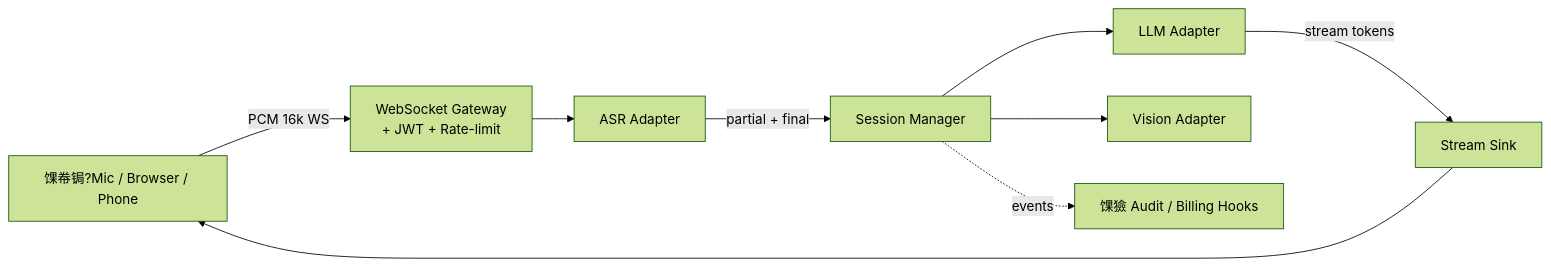
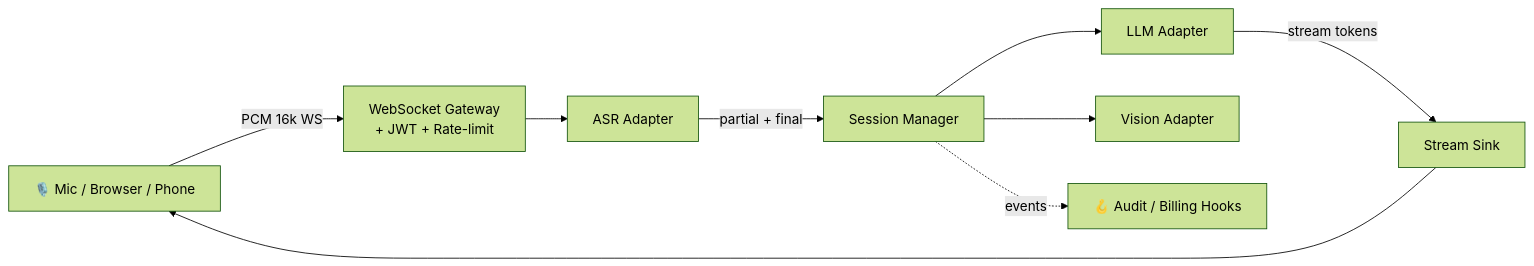
One commit to tianjimeteor/VoxCore changed the diagram in README.md. Above: the diagram before and after it, drawn with Mermaid (forest theme). The commit also changed other lines of this file and 1 other file, not shown here.

````diff
--- a/README.md
+++ b/README.md
@@ -198,11 +154,11 @@
 ```mermaid
 graph LR
-    Mic[馃帣锔?Mic / Browser / Phone] -->|PCM 16k WS| Gateway[WebSocket Gateway<br/>+ JWT + Rate-limit]
+    Mic[🎙️ Mic / Browser / Phone] -->|PCM 16k WS| Gateway[WebSocket Gateway<br/>+ JWT + Rate-limit]
     Gateway --> ASR[ASR Adapter]
     ASR -->|partial + final| Session[Session Manager]
     Session --> LLM[LLM Adapter]
     LLM -->|stream tokens| Out[Stream Sink]
     Session --> Vision[Vision Adapter]
-    Session -.events.-> Hooks[馃獫 Audit / Billing Hooks]
+    Session -.events.-> Hooks[🪝 Audit / Billing Hooks]
     Out --> Mic
 ```
````
